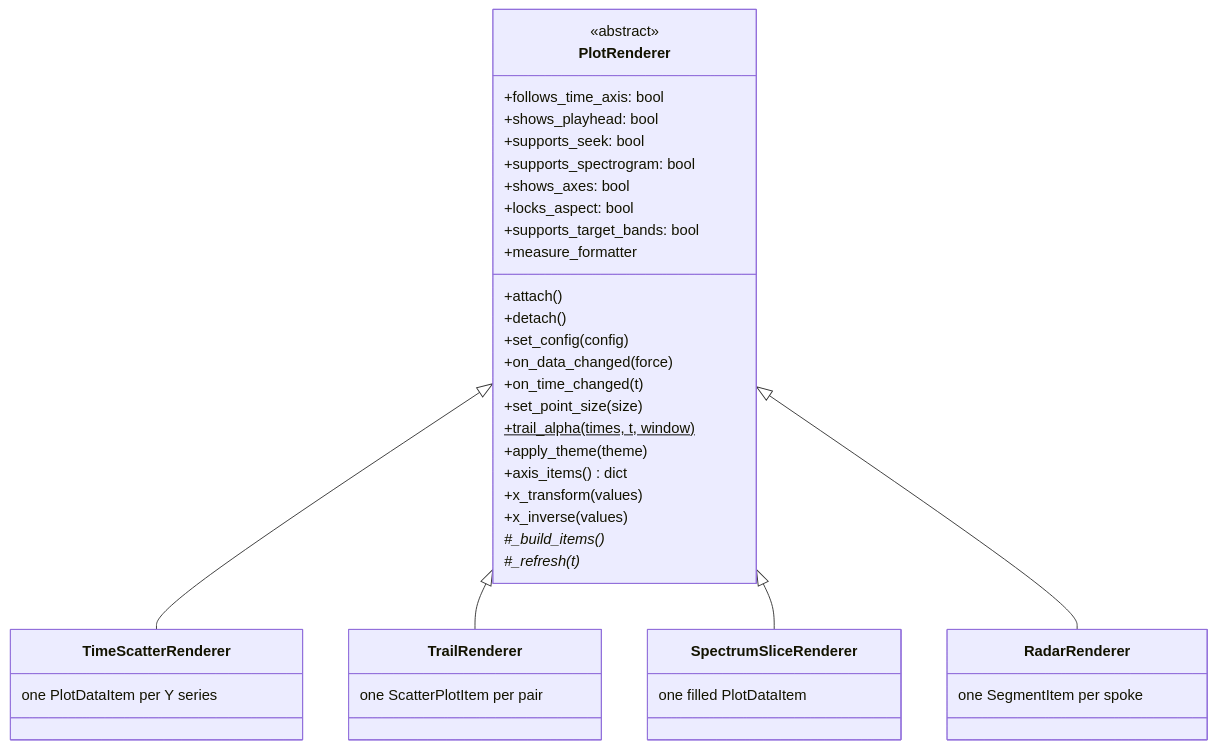
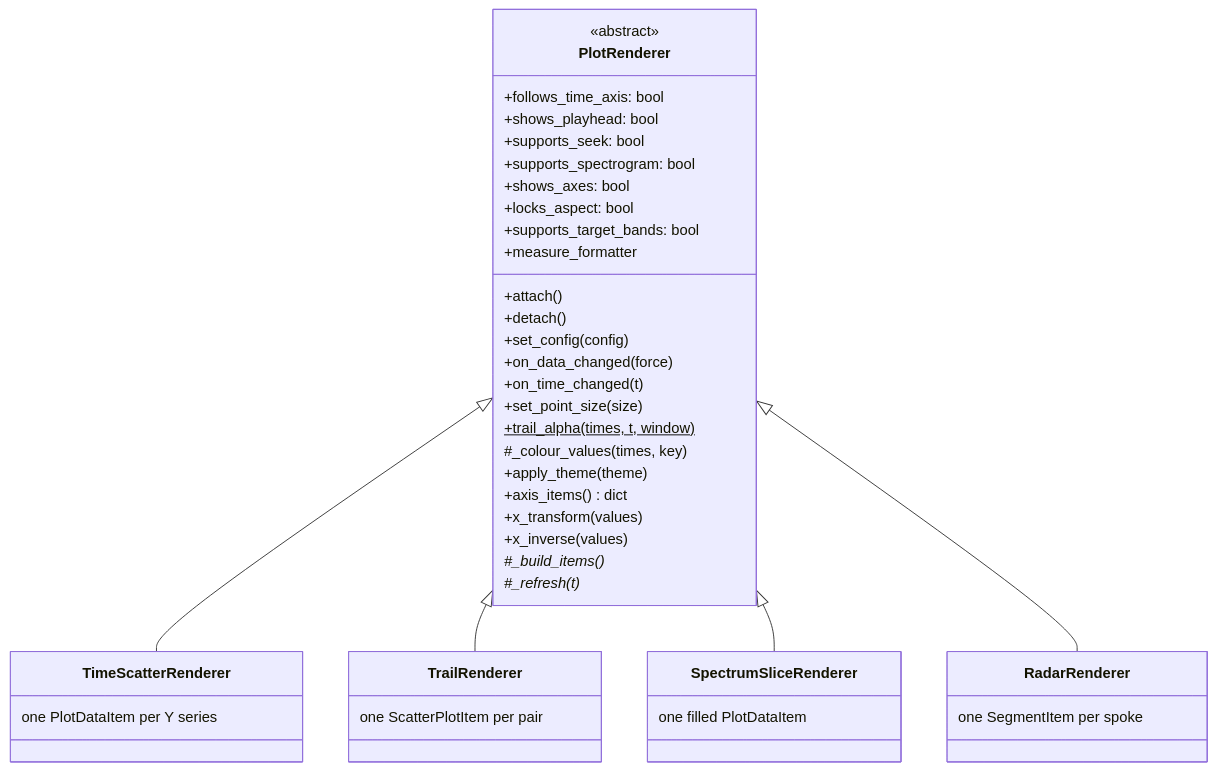
The first of 2 diagrams in src/ui/plot/renderers/README.md (fabstr/voicevis), drawn with Mermaid before and after one commit. The commit also changed other lines of this file and 14 other files, not shown here.

Commit message:
improvements to radar chart

````diff
--- a/src/ui/plot/renderers/README.md
+++ b/src/ui/plot/renderers/README.md
@@ -9,44 +9,45 @@
 ```mermaid
 classDiagram
     class PlotRenderer {
         <<abstract>>
         +follows_time_axis: bool
         +shows_playhead: bool
         +supports_seek: bool
         +supports_spectrogram: bool
         +shows_axes: bool
         +locks_aspect: bool
         +supports_target_bands: bool
         +measure_formatter
         +attach()
         +detach()
         +set_config(config)
         +on_data_changed(force)
         +on_time_changed(t)
         +set_point_size(size)
         +trail_alpha(times, t, window)$
+        #_colour_values(times, key)
         +apply_theme(theme)
         +axis_items() dict
         +x_transform(values)
         +x_inverse(values)
         #_build_items()*
         #_refresh(t)*
     }
     PlotRenderer <|-- TimeScatterRenderer
     PlotRenderer <|-- TrailRenderer
     PlotRenderer <|-- SpectrumSliceRenderer
     PlotRenderer <|-- RadarRenderer
 
     class TimeScatterRenderer {
         one PlotDataItem per Y series
     }
     class TrailRenderer {
         one ScatterPlotItem per pair
     }
     class SpectrumSliceRenderer {
         one filled PlotDataItem
     }
     class RadarRenderer {
         one SegmentItem per spoke
     }
 ```
````
